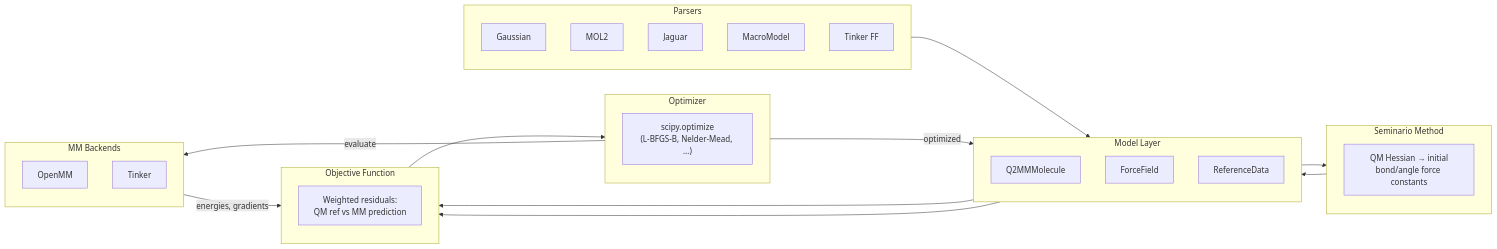
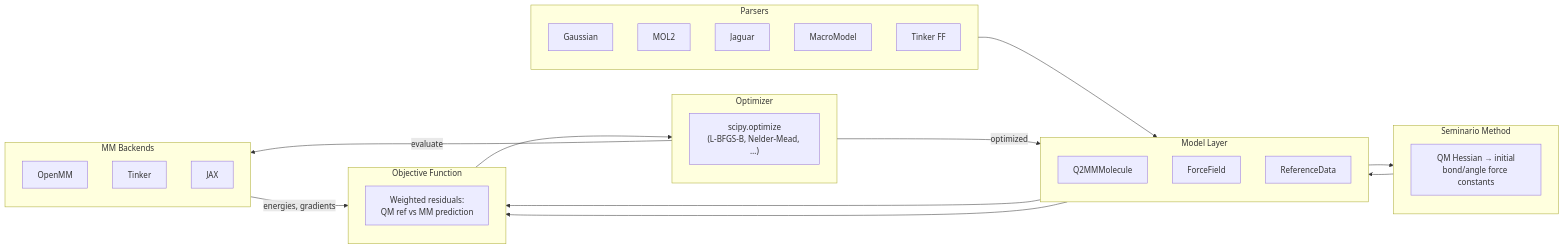
Before and after one commit to ericchansen/q2mm: the diagram in docs/index.md, drawn with Mermaid. The commit also changed other lines of this file and 8 other files, not shown here.

````diff
--- a/docs/index.md
+++ b/docs/index.md
@@ -30,45 +30,46 @@
 ```mermaid
 flowchart LR
     subgraph Parsers["Parsers"]
         direction TB
         G[Gaussian]
         M[MOL2]
         J[Jaguar]
         MM[MacroModel]
         T[Tinker FF]
     end
 
     subgraph Models["Model Layer"]
         direction TB
         MOL[Q2MMMolecule]
         FF[ForceField]
         RD[ReferenceData]
     end
 
     subgraph Seminario["Seminario Method"]
         SEM["QM Hessian → initial\nbond/angle force constants"]
     end
 
     subgraph Objective["Objective Function"]
         OBJ["Weighted residuals:\nQM ref vs MM prediction"]
     end
 
     subgraph Optimizer["Optimizer"]
         OPT["scipy.optimize\n(L-BFGS-B, Nelder-Mead, …)"]
     end
 
     subgraph Backends["MM Backends"]
         direction TB
         OMM[OpenMM]
         TK[Tinker]
+        JX[JAX]
     end
 
     Parsers --> Models
     Models --> Seminario --> FF
     FF --> Objective
     RD --> Objective
     Objective --> Optimizer
     Optimizer -->|evaluate| Backends
     Backends -->|energies, gradients| Objective
     Optimizer -->|optimized| FF
 ```
````
